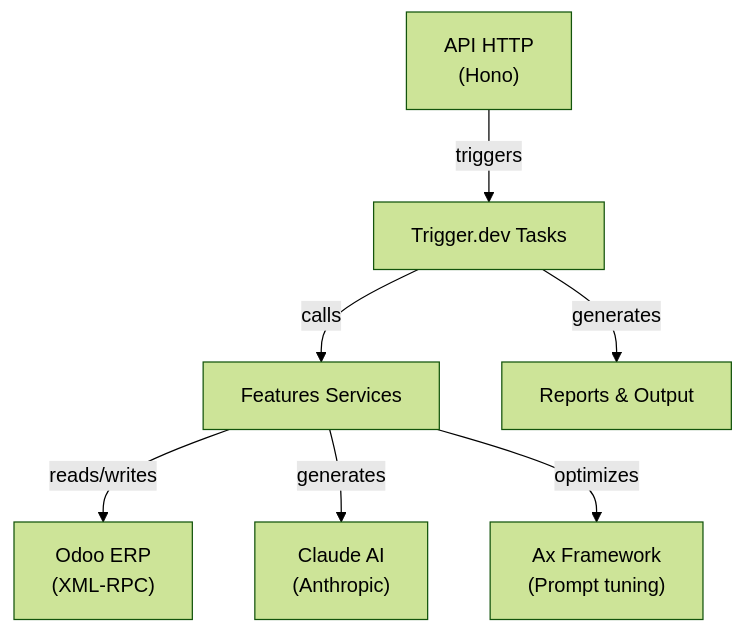
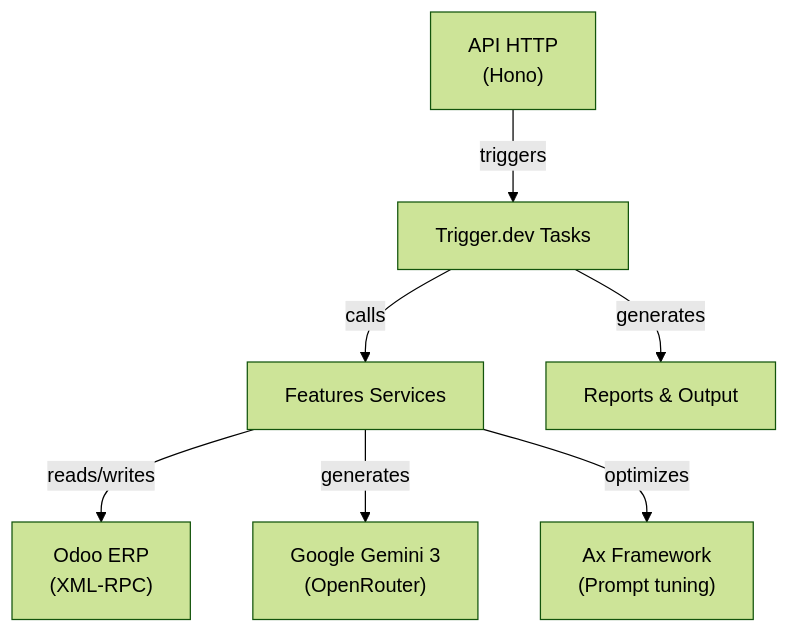
One commit to dimitrileduc/auto-proposal changed the diagram in docs/ARCHITECTURE.md. Above: the diagram before and after it, drawn with Mermaid (forest theme). The commit also changed other lines of this file and 2 other files, not shown here.

Commit message:
test: Add Prompt E & F hybrid prompts combining B-detection + C-quantity
- Prompt E (full): Detailed hybrid combining B's "Si DOUTE → Prévoir" detection with C's strict MÉDIANE quantity rules
- Prompt F (light): Shorter version of E with same strategy

Test results on 100 clients:
- Prompt E: Recall 94.5% (equal to B), WMAPE 16.8% (0.7% better than B, 2.2% worse than C but +8.7% recall vs C)
- Prompt F: Recall 93.6%, WMAPE 17.3%
- Both prompts cost $0.144 (same as B, cheaper than C at $0.227)

Recommendation: Use Prompt E in production - best balance of detection (94.5% recall) and accuracy (16.8% WMAPE) with optimal cost

🤖 Generated with Claude Code

````diff
--- a/docs/ARCHITECTURE.md
+++ b/docs/ARCHITECTURE.md
@@ -16,10 +16,10 @@
 ```mermaid
 graph TB
     HTTP["API HTTP<br/>(Hono)"]
     HTTP -->|triggers| Tasks["Trigger.dev Tasks"]
     Tasks -->|calls| Features["Features Services"]
     Features -->|reads/writes| Odoo["Odoo ERP<br/>(XML-RPC)"]
-    Features -->|generates| LLM["Claude AI<br/>(Anthropic)"]
+    Features -->|generates| LLM["Google Gemini 3<br/>(OpenRouter)"]
     Features -->|optimizes| Ax["Ax Framework<br/>(Prompt tuning)"]
     Tasks -->|generates| Reports["Reports & Output"]
 ```
````
